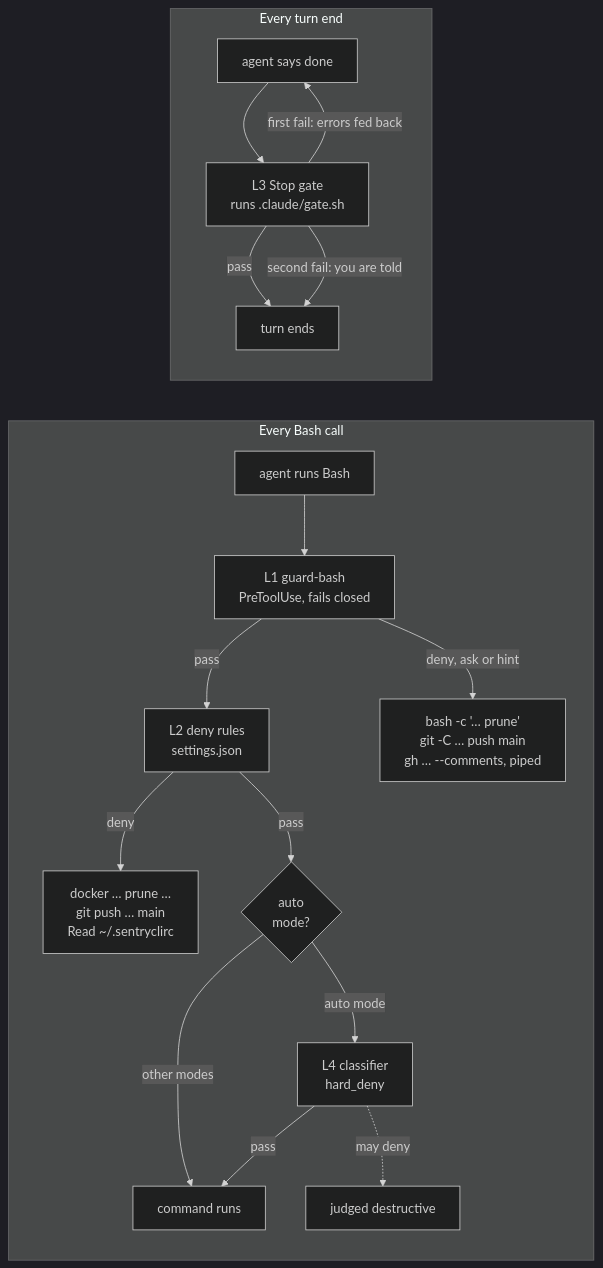
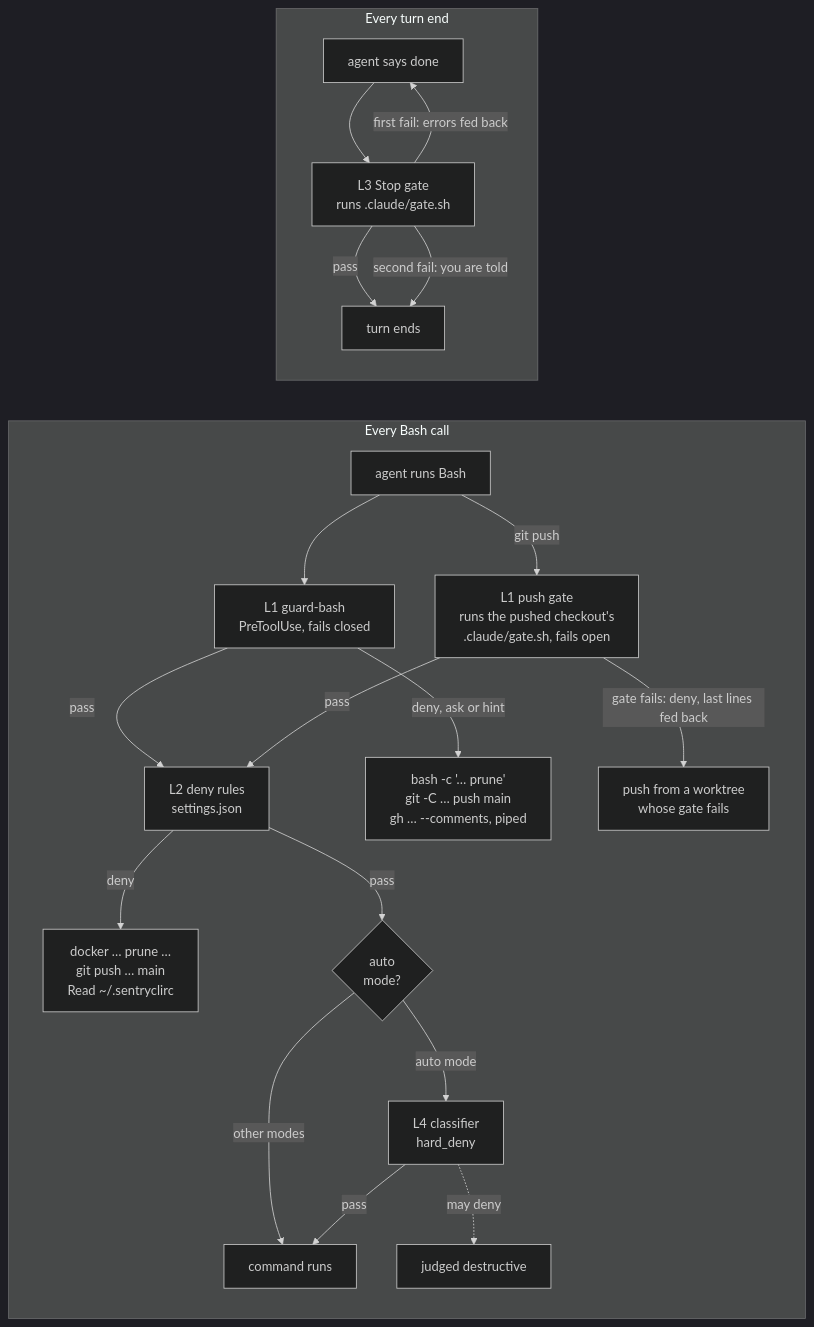
One commit to kaminski-dev/dk-agent-kit changed the fourth of 4 diagrams in README.md. Above: the diagram before and after it, drawn with Mermaid (dark theme). The commit also changed other lines of this file and 3 other files, not shown here.

Commit message:
Say where the push gate runs: README, dk:issue-flow, checks and CI (#47)

````diff
--- a/README.md
+++ b/README.md
@@ -89,20 +89,23 @@
 ```mermaid
 flowchart LR
   subgraph call["Every Bash call"]
     bash["agent runs Bash"] --> hook["L1 guard-bash<br/>PreToolUse, fails closed"]
     hook -- "pass" --> deny["L2 deny rules<br/>settings.json"]
     hook -- "deny, ask or hint" --> d1["bash -c '… prune'<br/>git -C … push main<br/>gh … --comments, piped"]
+    bash -- "git push" --> pgate["L1 push gate<br/>runs the pushed checkout's<br/>.claude/gate.sh, fails open"]
+    pgate -- "gate fails: deny, last lines fed back" --> d0["push from a worktree<br/>whose gate fails"]
+    pgate -- "pass" --> deny
     deny -- "deny" --> d2["docker … prune …<br/>git push … main<br/>Read ~/.sentryclirc"]
     deny -- "pass" --> mode{"auto<br/>mode?"}
     mode -- "other modes" --> run["command runs"]
     mode -- "auto mode" --> auto["L4 classifier<br/>hard_deny"]
     auto -- "pass" --> run
     auto -. "may deny" .-> d3["judged destructive"]
   end
   subgraph turn["Every turn end"]
     done["agent says done"] --> stop["L3 Stop gate<br/>runs .claude/gate.sh"]
     stop -- "pass" --> ends["turn ends"]
     stop -- "first fail: errors fed back" --> done
     stop -- "second fail: you are told" --> ends
   end
 ```
````
